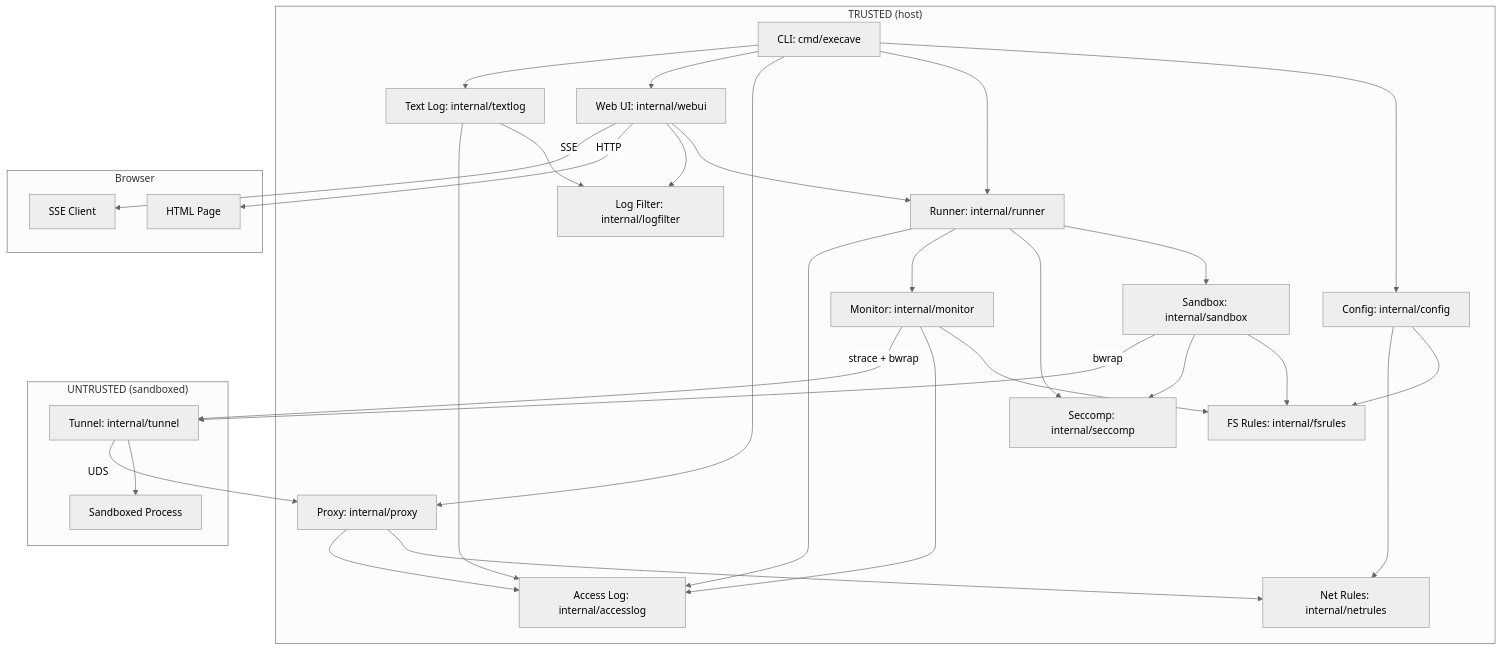
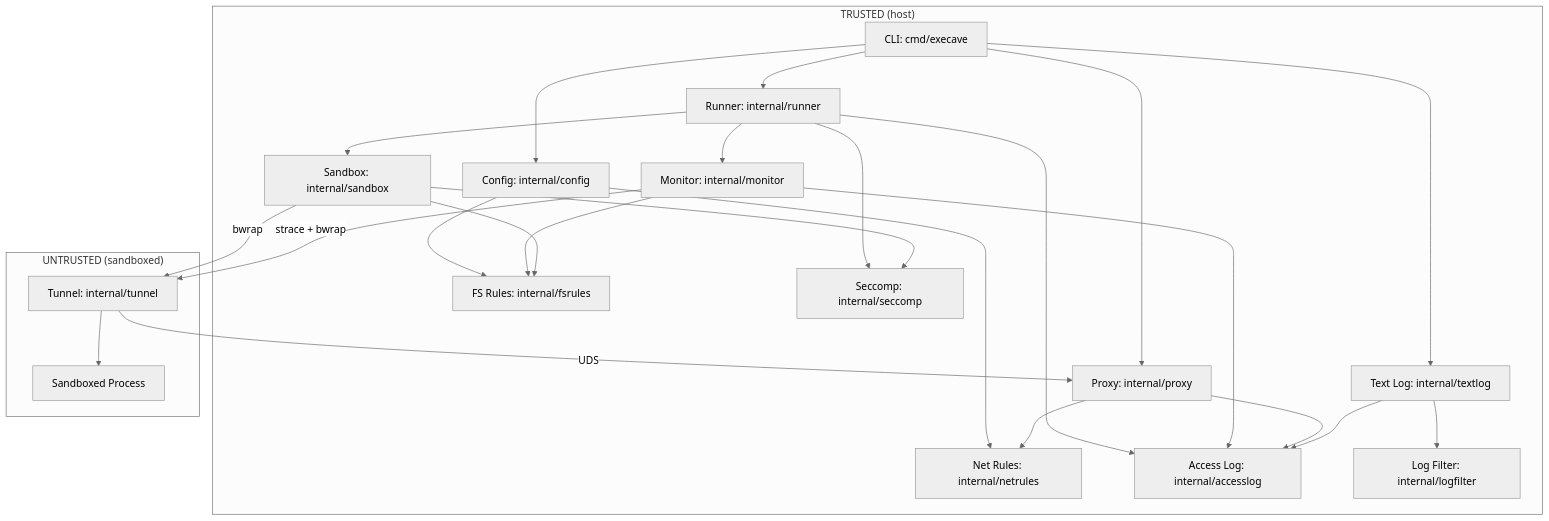
One commit to nonpop/execave changed the diagram in docs/architecture.md. Above: the diagram before and after it, drawn with Mermaid (neutral theme). The commit also changed other lines of this file and 42 other files, not shown here.

````diff
--- a/docs/architecture.md
+++ b/docs/architecture.md
@@ -5,56 +5,45 @@
 ```mermaid
 flowchart TB
     subgraph Trusted["TRUSTED (host)"]
         CLI[CLI: cmd/execave]
         Config[Config: internal/config]
         FSRules[FS Rules: internal/fsrules]
         NetRules[Net Rules: internal/netrules]
         AccessLog[Access Log: internal/accesslog]
         Runner[Runner: internal/runner]
         Sandbox[Sandbox: internal/sandbox]
         Seccomp[Seccomp: internal/seccomp]
         Monitor[Monitor: internal/monitor]
         Proxy[Proxy: internal/proxy]
         LogFilter[Log Filter: internal/logfilter]
-        WebUI[Web UI: internal/webui]
         TextLog[Text Log: internal/textlog]
     end
 
     subgraph Untrusted["UNTRUSTED (sandboxed)"]
         Tunnel[Tunnel: internal/tunnel]
         Process[Sandboxed Process]
-    end
-
-    subgraph Browser["Browser"]
-        Page[HTML Page]
-        SSE[SSE Client]
     end
 
     CLI --> Config
     CLI --> Runner
     Runner --> Sandbox
     Runner --> Seccomp
     Runner --> Monitor
     Runner --> AccessLog
     CLI --> Proxy
-    CLI --> WebUI
     CLI --> TextLog
     Config --> FSRules
     Config --> NetRules
     Monitor --> FSRules
     Monitor --> AccessLog
     Proxy --> NetRules
     Proxy --> AccessLog
-    WebUI --> Runner
-    WebUI --> LogFilter
     TextLog --> LogFilter
     TextLog --> AccessLog
     Sandbox --> FSRules
     Sandbox --> Seccomp
     Sandbox -->|bwrap| Tunnel
     Tunnel --> Process
     Tunnel -->|UDS| Proxy
     Monitor -->|strace + bwrap| Tunnel
-    WebUI -->|HTTP| Page
-    WebUI -->|SSE| SSE
 ```
````
